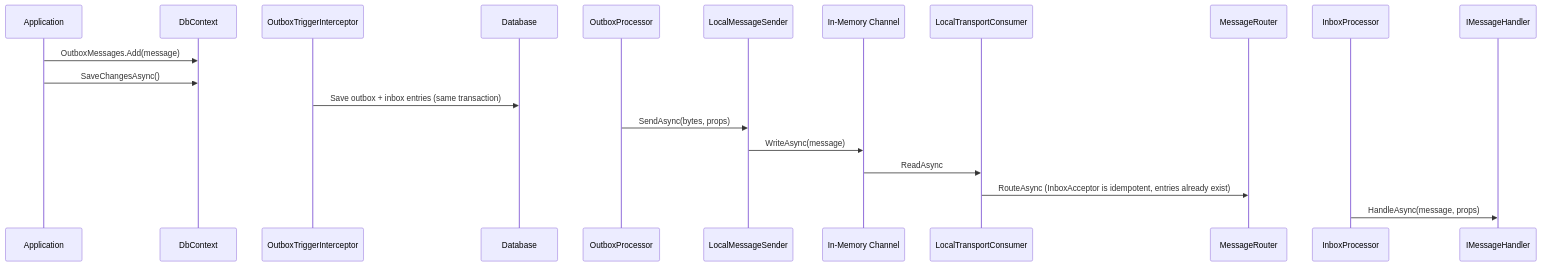
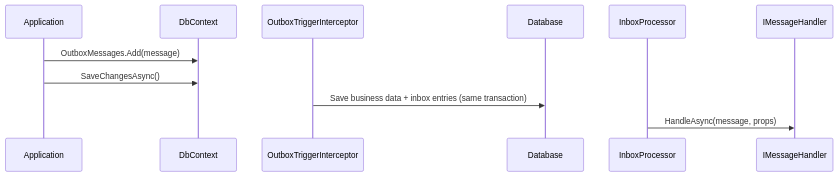
Before and after one commit to saithis/Ratatoskr: the eighth of 8 diagrams in docs/architecture.md, drawn with Mermaid. The commit also changed other lines of this file and 37 other files, not shown here.

Commit message:
feat: replaced local transport with efcore transport

````diff
--- a/docs/architecture.md
+++ b/docs/architecture.md
@@ -319,23 +298,14 @@
 ```mermaid
 sequenceDiagram
     participant App as Application
     participant Db as DbContext
     participant Int as OutboxTriggerInterceptor
     participant DB as Database
-    participant OP as OutboxProcessor
-    participant S as LocalMessageSender
-    participant Ch as In-Memory Channel
-    participant C as LocalTransportConsumer
-    participant R as MessageRouter
     participant IP as InboxProcessor
     participant H as IMessageHandler
 
     App->>Db: OutboxMessages.Add(message)
     App->>Db: SaveChangesAsync()
-    Int->>DB: Save outbox + inbox entries (same transaction)
-    OP->>S: SendAsync(bytes, props)
-    S->>Ch: WriteAsync(message)
-    Ch->>C: ReadAsync
-    C->>R: RouteAsync (InboxAcceptor is idempotent, entries already exist)
+    Int->>DB: Save business data + inbox entries (same transaction)
     IP->>H: HandleAsync(message, props)
 ```
````
